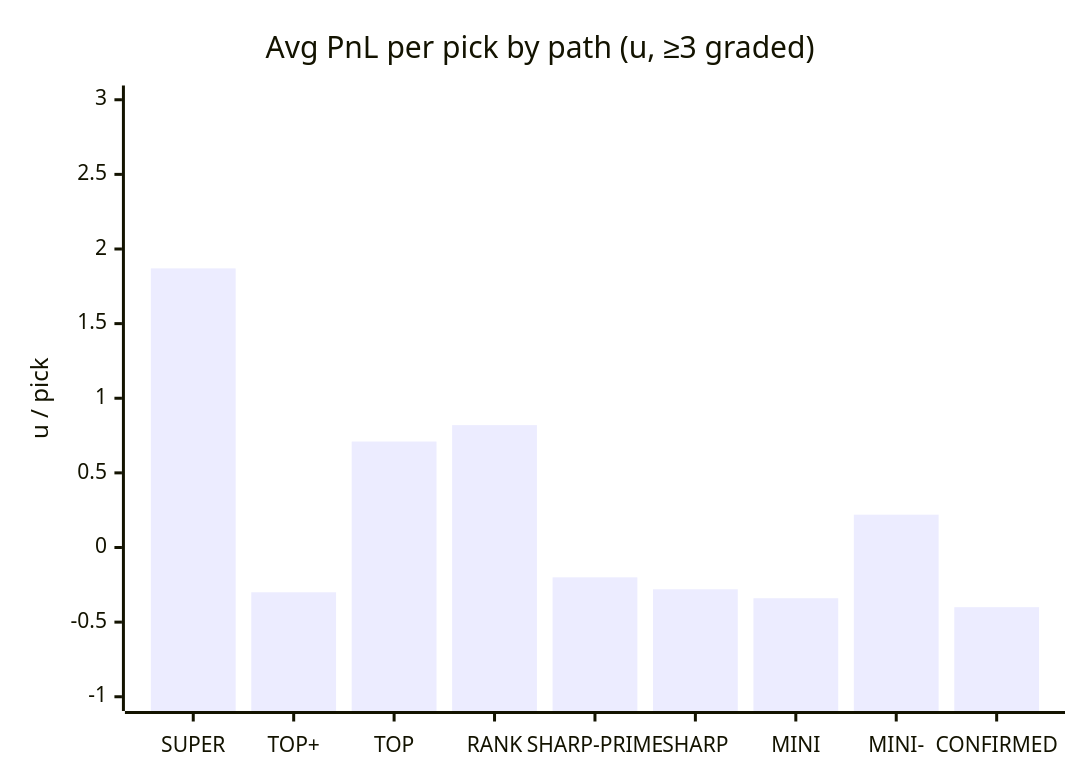
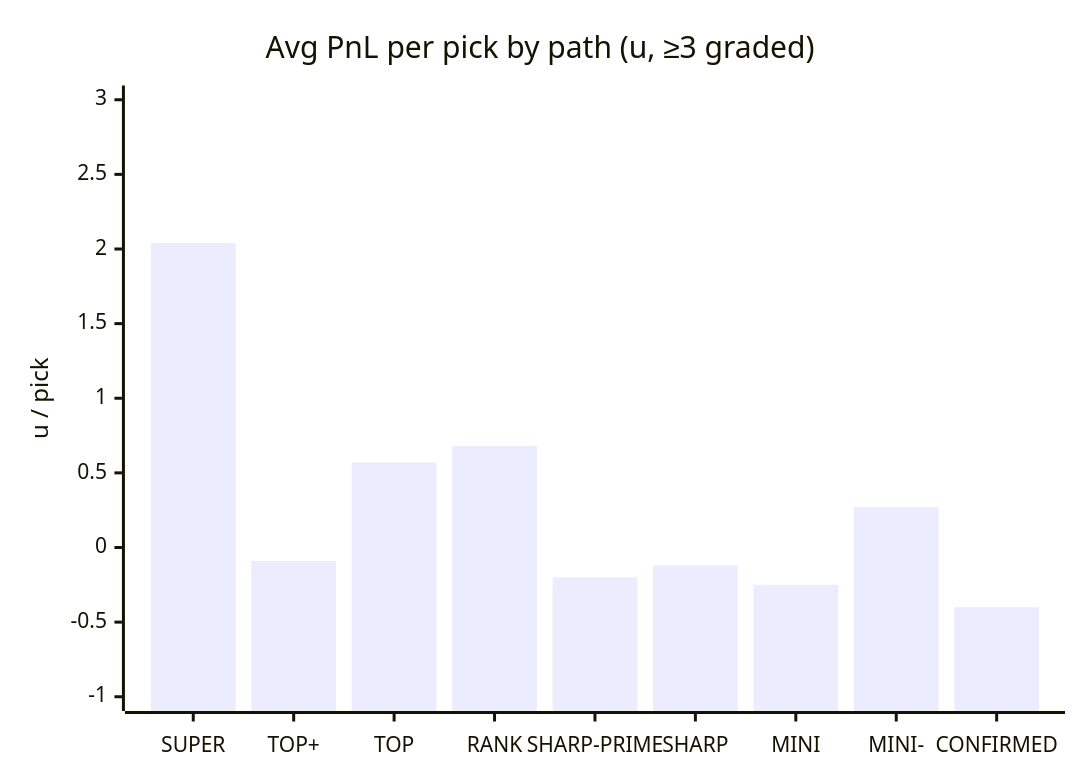
One commit to dpk1212/nhl-savant changed the third of 5 diagrams in DAILY_AGSU_REPORT.md. Above: the diagram before and after it, drawn with Mermaid. The commit also changed other lines of this file, not shown here.

````diff
--- a/DAILY_AGSU_REPORT.md
+++ b/DAILY_AGSU_REPORT.md
@@ -340,7 +342,7 @@
 ```mermaid
 xychart-beta
     title "Avg PnL per pick by path (u, ≥3 graded)"
     x-axis ["SUPER", "TOP+", "TOP", "RANK", "SHARP-PRIME", "SHARP", "MINI", "MINI-", "CONFIRMED"]
     y-axis "u / pick" -1 --> 3
-    bar [1.87, -0.3, 0.71, 0.82, -0.2, -0.28, -0.34, 0.22, -0.4]
+    bar [2.04, -0.09, 0.57, 0.68, -0.2, -0.12, -0.25, 0.27, -0.4]
 ```
````
